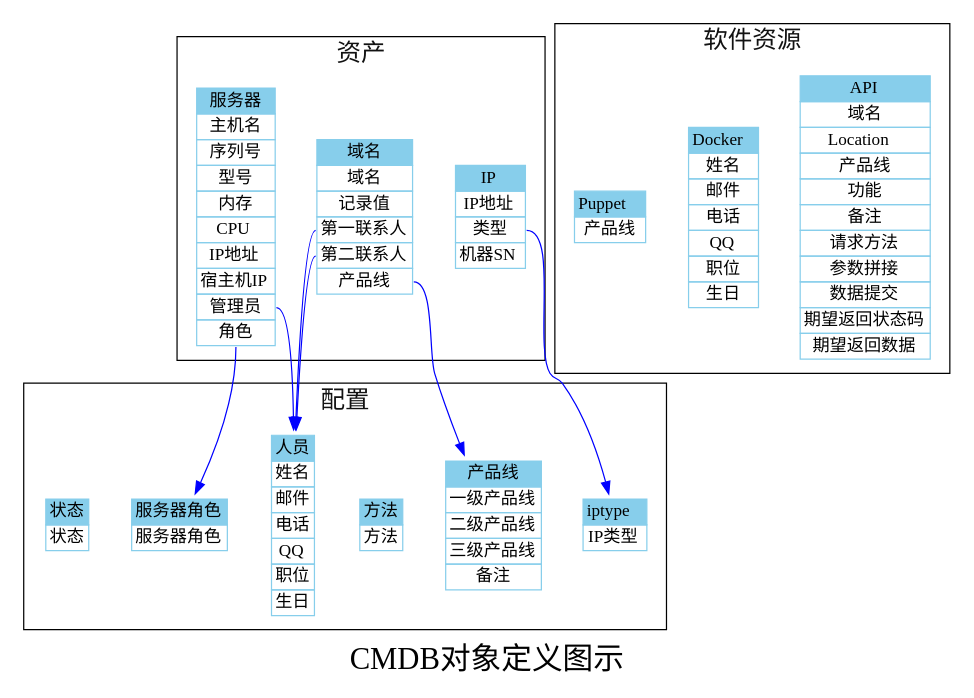
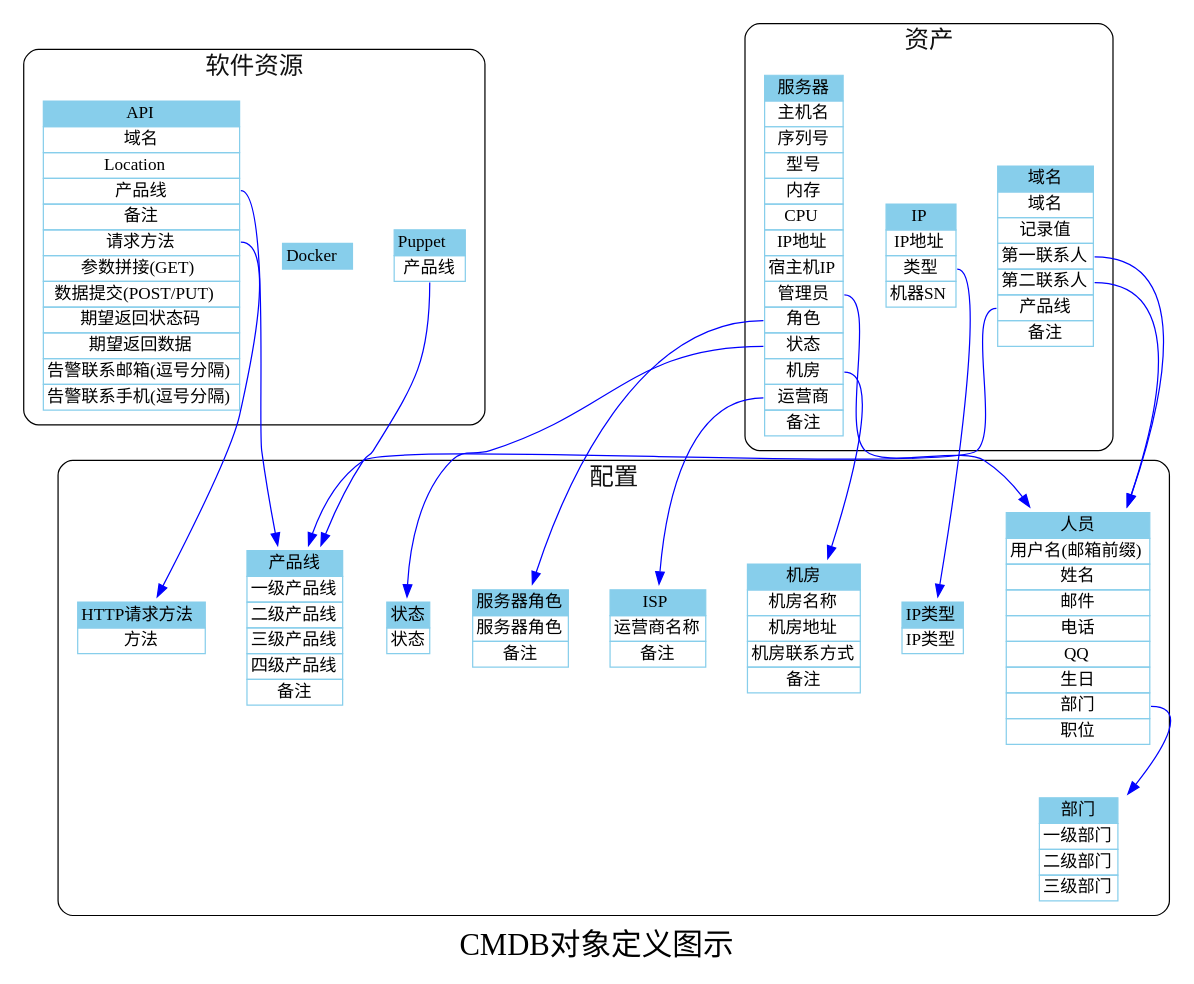
Before and after one commit to annProg/learn: the diagram in cmdb/yourcmdb/gen-object-xml/cmdb.dot, drawn with Graphviz. The commit also changed 41 other files, not shown here.

```diff
--- a/cmdb/yourcmdb/gen-object-xml/cmdb.dot
+++ b/cmdb/yourcmdb/gen-object-xml/cmdb.dot
@@ -1,41 +1,54 @@
 digraph cmdb {
  label="CMDB对象定义图示"; 
 fontsize=25;
  rankdir=TB;
     subgraph cluster_配置 {
          label="配置";
 fontsize=20;
 fontcolor=gray7;
+ style="rounded";
 
-        "iptype" [color="skyblue", shape="plaintext", label=<<table border="0" cellborder="1" cellspacing="0" align="left"><tr><td bgcolor="skyblue">iptype</td></tr><tr><td port="ip-type">IP类型</td></tr></table>>];
-        "产品线" [color="skyblue", shape="plaintext", label=<<table border="0" cellborder="1" cellspacing="0" align="left"><tr><td bgcolor="skyblue">产品线</td></tr><tr><td port="conf-productline-l1">一级产品线</td></tr><tr><td port="conf-productline-l2">二级产品线</td></tr><tr><td port="conf-productline-l3">三级产品线</td></tr><tr><td port="conf-productline-extra">备注</td></tr></table>>];
-        "方法" [color="skyblue", shape="plaintext", label=<<table border="0" cellborder="1" cellspacing="0" align="left"><tr><td bgcolor="skyblue">方法</td></tr><tr><td port="http-requestmethod">方法</td></tr></table>>];
-        "服务器角色" [color="skyblue", shape="plaintext", label=<<table border="0" cellborder="1" cellspacing="0" align="left"><tr><td bgcolor="skyblue">服务器角色</td></tr><tr><td port="server-role">服务器角色</td></tr></table>>];
-        "人员" [color="skyblue", shape="plaintext", label=<<table border="0" cellborder="1" cellspacing="0" align="left"><tr><td bgcolor="skyblue">人员</td></tr><tr><td port="conf-staff-name">姓名</td></tr><tr><td port="conf-staff-email">邮件</td></tr><tr><td port="conf-staff-phone">电话</td></tr><tr><td port="conf-staff-qq">QQ</td></tr><tr><td port="conf-staff-title">职位</td></tr><tr><td port="conf-staff-birth">生日</td></tr></table>>];
-        "状态" [color="skyblue", shape="plaintext", label=<<table border="0" cellborder="1" cellspacing="0" align="left"><tr><td bgcolor="skyblue">状态</td></tr><tr><td port="conf-status">状态</td></tr></table>>];
+        "HTTP请求方法" [color="skyblue", shape="plaintext", label=<<table border="0" cellborder="1" cellspacing="0" align="left"><tr><td bgcolor="skyblue">HTTP请求方法</td></tr><tr><td port="method">方法</td></tr></table>>];
+        "IP类型" [color="skyblue", shape="plaintext", label=<<table border="0" cellborder="1" cellspacing="0" align="left"><tr><td bgcolor="skyblue">IP类型</td></tr><tr><td port="iptype">IP类型</td></tr></table>>];
+        "ISP" [color="skyblue", shape="plaintext", label=<<table border="0" cellborder="1" cellspacing="0" align="left"><tr><td bgcolor="skyblue">ISP</td></tr><tr><td port="isp">运营商名称</td></tr><tr><td port="comment">备注</td></tr></table>>];
+        "部门" [color="skyblue", shape="plaintext", label=<<table border="0" cellborder="1" cellspacing="0" align="left"><tr><td bgcolor="skyblue">部门</td></tr><tr><td port="level1">一级部门</td></tr><tr><td port="level2">二级部门</td></tr><tr><td port="level3">三级部门</td></tr></table>>];
+        "产品线" [color="skyblue", shape="plaintext", label=<<table border="0" cellborder="1" cellspacing="0" align="left"><tr><td bgcolor="skyblue">产品线</td></tr><tr><td port="level1">一级产品线</td></tr><tr><td port="level2">二级产品线</td></tr><tr><td port="level3">三级产品线</td></tr><tr><td port="level4">四级产品线</td></tr><tr><td port="comment">备注</td></tr></table>>];
+        "服务器角色" [color="skyblue", shape="plaintext", label=<<table border="0" cellborder="1" cellspacing="0" align="left"><tr><td bgcolor="skyblue">服务器角色</td></tr><tr><td port="role">服务器角色</td></tr><tr><td port="comment">备注</td></tr></table>>];
+        "机房" [color="skyblue", shape="plaintext", label=<<table border="0" cellborder="1" cellspacing="0" align="left"><tr><td bgcolor="skyblue">机房</td></tr><tr><td port="idc">机房名称</td></tr><tr><td port="address">机房地址</td></tr><tr><td port="contact">机房联系方式</td></tr><tr><td port="comment">备注</td></tr></table>>];
+        "人员":depart -> "部门" [color="blue",side="l"];
+        "人员" [color="skyblue", shape="plaintext", label=<<table border="0" cellborder="1" cellspacing="0" align="left"><tr><td bgcolor="skyblue">人员</td></tr><tr><td port="staff">用户名(邮箱前缀)</td></tr><tr><td port="name">姓名</td></tr><tr><td port="email">邮件</td></tr><tr><td port="phone">电话</td></tr><tr><td port="qq">QQ</td></tr><tr><td port="birth">生日</td></tr><tr><td port="depart">部门</td></tr><tr><td port="title">职位</td></tr></table>>];
+        "状态" [color="skyblue", shape="plaintext", label=<<table border="0" cellborder="1" cellspacing="0" align="left"><tr><td bgcolor="skyblue">状态</td></tr><tr><td port="status">状态</td></tr></table>>];
 }
     subgraph cluster_软件资源 {
          label="软件资源";
 fontsize=20;
 fontcolor=gray7;
+ style="rounded";
 
-        "API" [color="skyblue", shape="plaintext", label=<<table border="0" cellborder="1" cellspacing="0" align="left"><tr><td bgcolor="skyblue">API</td></tr><tr><td port="api-base">域名</td></tr><tr><td port="api-location">Location</td></tr><tr><td port="api-productline">产品线</td></tr><tr><td port="api-function">功能</td></tr><tr><td port="api-comment">备注</td></tr><tr><td port="api-method">请求方法</td></tr><tr><td port="api-params">参数拼接</td></tr><tr><td port="api-data">数据提交</td></tr><tr><td port="api-response">期望返回状态码</td></tr><tr><td port="api-expect">期望返回数据</td></tr></table>>];
-        "Docker" [color="skyblue", shape="plaintext", label=<<table border="0" cellborder="1" cellspacing="0" align="left"><tr><td bgcolor="skyblue">Docker</td></tr><tr><td port="conf-staff-name">姓名</td></tr><tr><td port="conf-staff-email">邮件</td></tr><tr><td port="conf-staff-phone">电话</td></tr><tr><td port="conf-staff-qq">QQ</td></tr><tr><td port="conf-staff-title">职位</td></tr><tr><td port="conf-staff-birth">生日</td></tr></table>>];
-        "Puppet" [color="skyblue", shape="plaintext", label=<<table border="0" cellborder="1" cellspacing="0" align="left"><tr><td bgcolor="skyblue">Puppet</td></tr><tr><td port="conf-productline">产品线</td></tr></table>>];
+        "API":product -> "产品线" [color="blue",side="l"];
+        "API":method -> "HTTP请求方法" [color="blue",side="l"];
+        "API" [color="skyblue", shape="plaintext", label=<<table border="0" cellborder="1" cellspacing="0" align="left"><tr><td bgcolor="skyblue">API</td></tr><tr><td port="domain">域名</td></tr><tr><td port="location">Location</td></tr><tr><td port="product">产品线</td></tr><tr><td port="comment">备注</td></tr><tr><td port="method">请求方法</td></tr><tr><td port="param">参数拼接(GET)</td></tr><tr><td port="data">数据提交(POST/PUT)</td></tr><tr><td port="responsecode">期望返回状态码</td></tr><tr><td port="responsedata">期望返回数据</td></tr><tr><td port="alertemail">告警联系邮箱(逗号分隔)</td></tr><tr><td port="alertphone">告警联系手机(逗号分隔)</td></tr></table>>];
+        "Docker" [color="skyblue", shape="plaintext", label=<<table border="0" cellborder="1" cellspacing="0" align="left"><tr><td bgcolor="skyblue">Docker</td></tr></table>>];
+        "Puppet":product -> "产品线" [color="blue",side="l"];
+        "Puppet" [color="skyblue", shape="plaintext", label=<<table border="0" cellborder="1" cellspacing="0" align="left"><tr><td bgcolor="skyblue">Puppet</td></tr><tr><td port="product">产品线</td></tr></table>>];
 }
     subgraph cluster_资产 {
          label="资产";
 fontsize=20;
 fontcolor=gray7;
+ style="rounded";
 
-        "IP":iptype -> "iptype" [color="blue",side="l"];
+        "IP":iptype -> "IP类型" [color="blue",side="l"];
         "IP" [color="skyblue", shape="plaintext", label=<<table border="0" cellborder="1" cellspacing="0" align="left"><tr><td bgcolor="skyblue">IP</td></tr><tr><td port="ip">IP地址</td></tr><tr><td port="iptype">类型</td></tr><tr><td port="sn">机器SN</td></tr></table>>];
         "服务器":administrator -> "人员" [color="blue",side="l"];
         "服务器":role -> "服务器角色" [color="blue",side="l"];
-        "服务器" [color="skyblue", shape="plaintext", label=<<table border="0" cellborder="1" cellspacing="0" align="left"><tr><td bgcolor="skyblue">服务器</td></tr><tr><td port="hostname">主机名</td></tr><tr><td port="sn">序列号</td></tr><tr><td port="vendor">型号</td></tr><tr><td port="mem">内存</td></tr><tr><td port="cpu">CPU</td></tr><tr><td port="ip">IP地址</td></tr><tr><td port="hypervisor-ip">宿主机IP</td></tr><tr><td port="administrator">管理员</td></tr><tr><td port="role">角色</td></tr></table>>];
+        "服务器":status -> "状态" [color="blue",side="l"];
+        "服务器":location -> "机房" [color="blue",side="l"];
+        "服务器":isp -> "ISP" [color="blue",side="l"];
+        "服务器" [color="skyblue", shape="plaintext", label=<<table border="0" cellborder="1" cellspacing="0" align="left"><tr><td bgcolor="skyblue">服务器</td></tr><tr><td port="hostname">主机名</td></tr><tr><td port="sn">序列号</td></tr><tr><td port="model">型号</td></tr><tr><td port="mem">内存</td></tr><tr><td port="cpu">CPU</td></tr><tr><td port="ip">IP地址</td></tr><tr><td port="hypervisor-ip">宿主机IP</td></tr><tr><td port="administrator">管理员</td></tr><tr><td port="role">角色</td></tr><tr><td port="status">状态</td></tr><tr><td port="location">机房</td></tr><tr><td port="isp">运营商</td></tr><tr><td port="comment">备注</td></tr></table>>];
         "域名":contact1 -> "人员" [color="blue",side="l"];
         "域名":contact2 -> "人员" [color="blue",side="l"];
         "域名":product -> "产品线" [color="blue",side="l"];
-        "域名" [color="skyblue", shape="plaintext", label=<<table border="0" cellborder="1" cellspacing="0" align="left"><tr><td bgcolor="skyblue">域名</td></tr><tr><td port="domain">域名</td></tr><tr><td port="record">记录值</td></tr><tr><td port="contact1">第一联系人</td></tr><tr><td port="contact2">第二联系人</td></tr><tr><td port="product">产品线</td></tr></table>>];
+        "域名" [color="skyblue", shape="plaintext", label=<<table border="0" cellborder="1" cellspacing="0" align="left"><tr><td bgcolor="skyblue">域名</td></tr><tr><td port="domain">域名</td></tr><tr><td port="record">记录值</td></tr><tr><td port="contact1">第一联系人</td></tr><tr><td port="contact2">第二联系人</td></tr><tr><td port="product">产品线</td></tr><tr><td port="comment">备注</td></tr></table>>];
 }
 }
```
